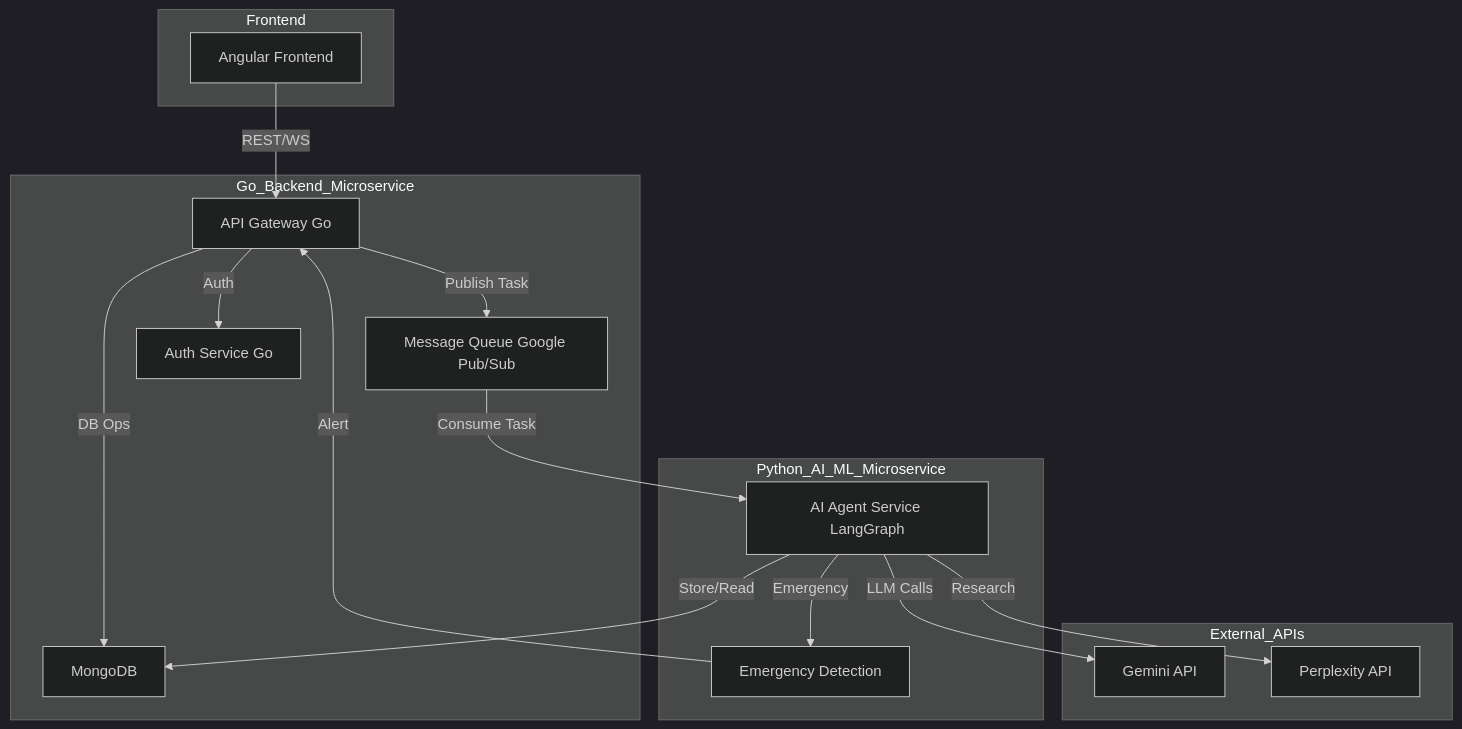
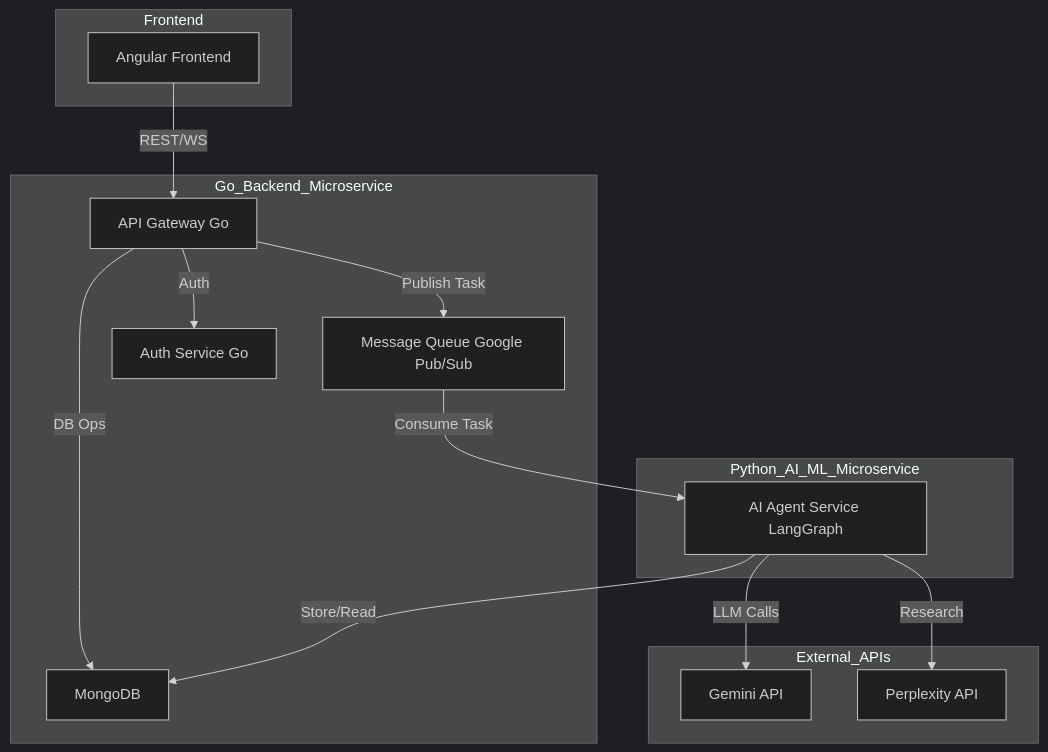
The diagram in README.md (SakshamKapoor2911/MedInsight), drawn with Mermaid (dark theme) before and after one commit. The commit also changed other lines of this file and 1 other file, not shown here.

````diff
--- a/README.md
+++ b/README.md
@@ -39,41 +39,37 @@
 ```mermaid
 graph TB
     A[Angular Frontend]
     B[API Gateway Go]
     C[Message Queue Google Pub/Sub]
     D[AI Agent Service LangGraph]
     E[MongoDB]
     F[Auth Service Go]
-    H[Emergency Detection]
     I[Gemini API]
     J[Perplexity API]
 
     A --> |REST/WS| B
     B --> |Auth| F
     B --> |DB Ops| E
     B --> |Publish Task| C
     C --> |Consume Task| D
     D --> |LLM Calls| I
     D --> |Research| J
     D --> |Store/Read| E
-    D --> |Emergency| H
-    H --> |Alert| B
 
     subgraph Frontend
         A
     end
     subgraph Go_Backend_Microservice
         B
         C
         F
         E
     end
     subgraph Python_AI_ML_Microservice
         D
-        H
     end
     subgraph External_APIs
         I
         J
     end
 ```
````
